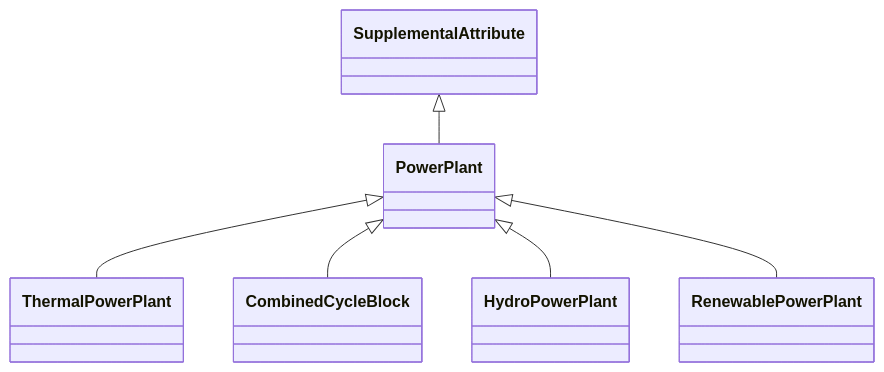
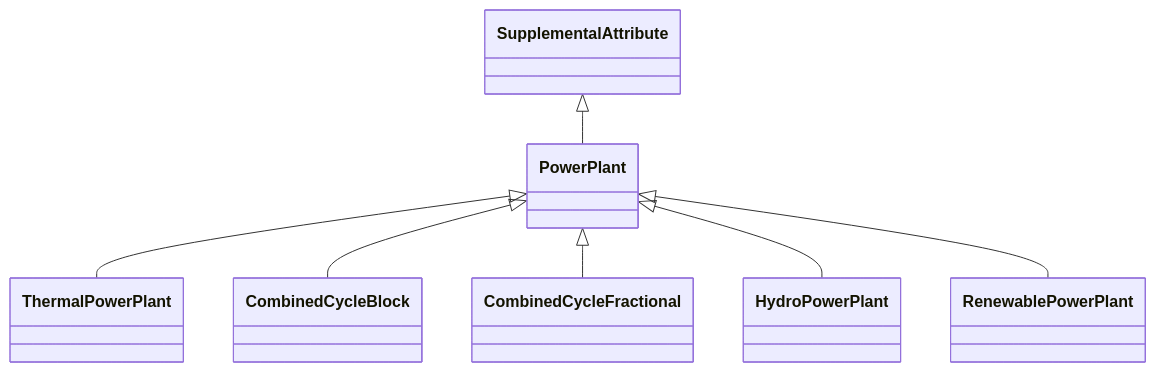
One commit to NREL-Sienna/PowerSystems.jl changed the diagram in docs/src/explanation/plant_attributes.md. Above: the diagram before and after it, drawn with Mermaid. The commit also changed other lines of this file and 1 other file, not shown here.

````diff
--- a/docs/src/explanation/plant_attributes.md
+++ b/docs/src/explanation/plant_attributes.md
@@ -30,8 +30,9 @@
 ```mermaid
 classDiagram
     SupplementalAttribute <|-- PowerPlant
     PowerPlant <|-- ThermalPowerPlant
     PowerPlant <|-- CombinedCycleBlock
+    PowerPlant <|-- CombinedCycleFractional
     PowerPlant <|-- HydroPowerPlant
     PowerPlant <|-- RenewablePowerPlant
 ```
````
